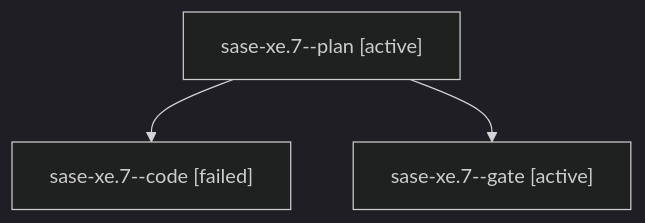
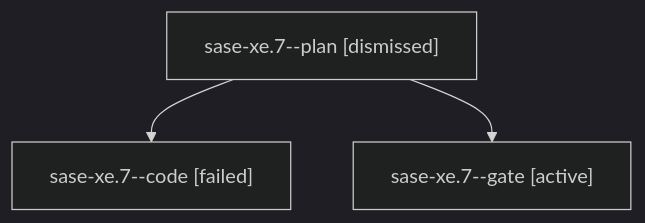
Before and after one commit to sase-org/sase--agents: the diagram in sessions/bbugyi200.athena.sase-xe.7.md, drawn with Mermaid (dark theme). The commit also changed other lines of this file and 277 other files, not shown here.

````diff
--- a/sessions/bbugyi200.athena.sase-xe.7.md
+++ b/sessions/bbugyi200.athena.sase-xe.7.md
@@ -9,8 +9,8 @@
 ```mermaid
 flowchart TD
-  n0["sase-xe.7--plan [active]"]
+  n0["sase-xe.7--plan [dismissed]"]
   n1["sase-xe.7--code [failed]"]
   n0 --> n1
   n2["sase-xe.7--gate [active]"]
   n0 --> n2
 ```
````
